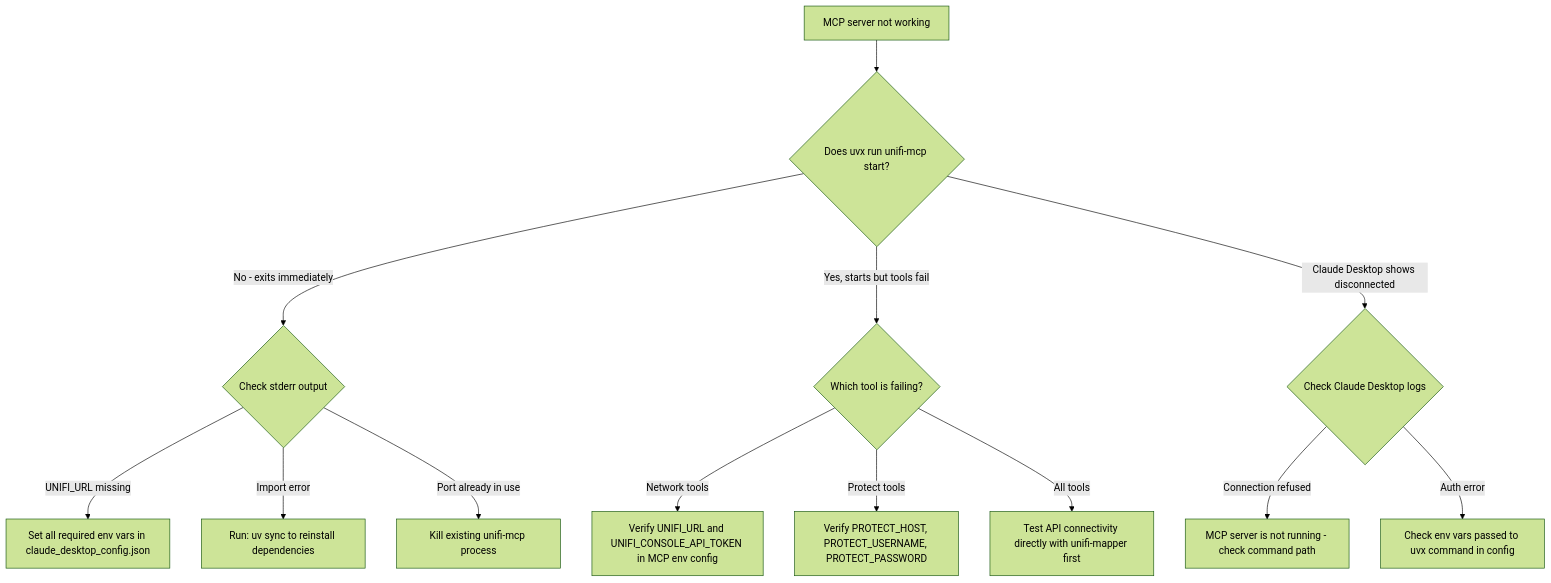
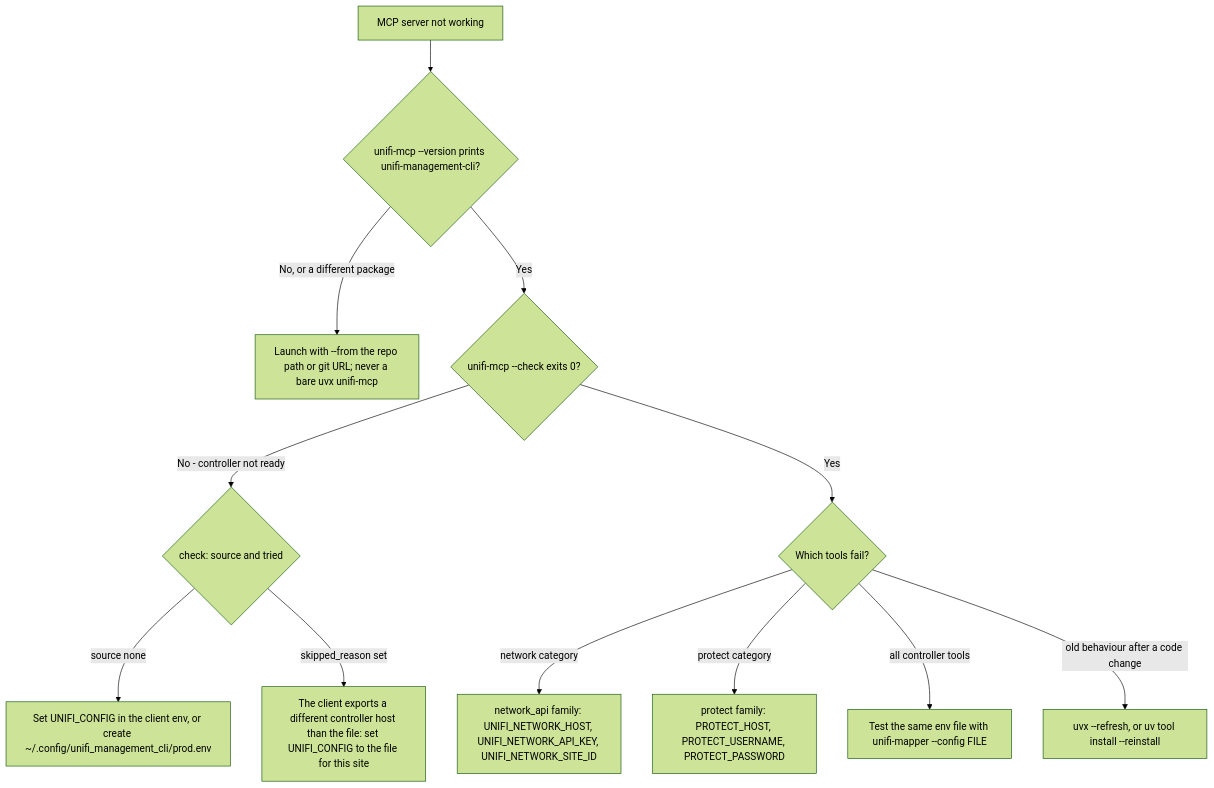
The ninth of 14 diagrams in docs/operations/troubleshooting-and-runbook.md (NetDevAutomate/unifi_management_cli), drawn with Mermaid (forest theme) before and after one commit. The commit also changed other lines of this file and 9 other files, not shown here.

````diff
--- a/docs/operations/troubleshooting-and-runbook.md
+++ b/docs/operations/troubleshooting-and-runbook.md
@@ -621,17 +621,14 @@
 ```mermaid
 flowchart TD
-    A[MCP server not working] --> B{Does uvx run unifi-mcp start?}
-    B -->|No - exits immediately| C{Check stderr output}
-    C -->|UNIFI_URL missing| D[Set all required env vars in claude_desktop_config.json]
-    C -->|Import error| E[Run: uv sync to reinstall dependencies]
-    C -->|Port already in use| F[Kill existing unifi-mcp process]
-
-    B -->|Yes, starts but tools fail| G{Which tool is failing?}
-    G -->|Network tools| H[Verify UNIFI_URL and UNIFI_CONSOLE_API_TOKEN in MCP env config]
-    G -->|Protect tools| I[Verify PROTECT_HOST, PROTECT_USERNAME, PROTECT_PASSWORD]
-    G -->|All tools| J[Test API connectivity directly with unifi-mapper first]
-
-    B -->|Claude Desktop shows disconnected| K{Check Claude Desktop logs}
-    K -->|Connection refused| L[MCP server is not running - check command path]
-    K -->|Auth error| M[Check env vars passed to uvx command in config]
+    A[MCP server not working] --> B{"unifi-mcp --version prints unifi-management-cli?"}
+    B -->|No, or a different package| C["Launch with --from the repo path or git URL; never a bare uvx unifi-mcp"]
+    B -->|Yes| D{"unifi-mcp --check exits 0?"}
+    D -->|No - controller not ready| E{"check: source and tried"}
+    E -->|source none| F[Set UNIFI_CONFIG in the client env, or create ~/.config/unifi_management_cli/prod.env]
+    E -->|skipped_reason set| G[The client exports a different controller host than the file: set UNIFI_CONFIG to the file for this site]
+    D -->|Yes| H{Which tools fail?}
+    H -->|network category| I[network_api family: UNIFI_NETWORK_HOST, UNIFI_NETWORK_API_KEY, UNIFI_NETWORK_SITE_ID]
+    H -->|protect category| J[protect family: PROTECT_HOST, PROTECT_USERNAME, PROTECT_PASSWORD]
+    H -->|all controller tools| K["Test the same env file with unifi-mapper --config FILE"]
+    H -->|old behaviour after a code change| L["uvx --refresh, or uv tool install --reinstall"]
 ```
````
